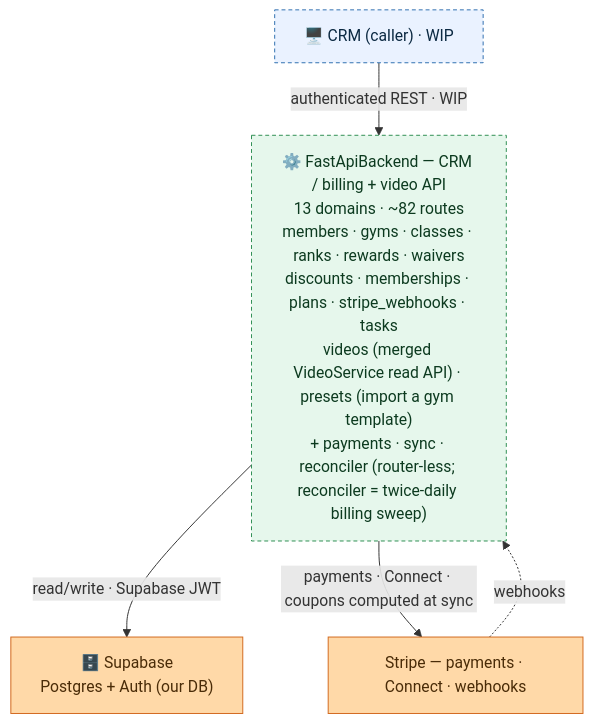
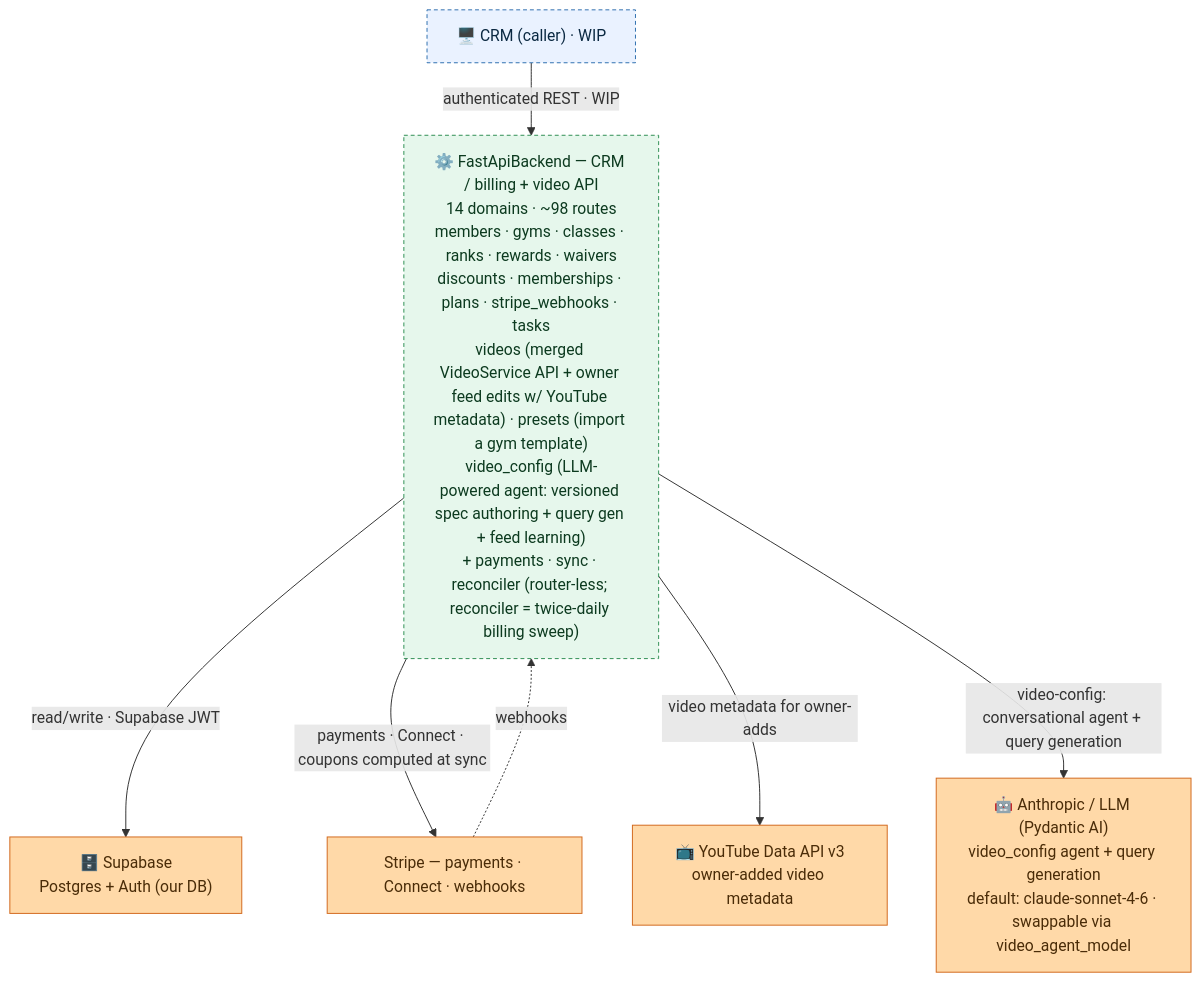
One commit to jesse51002/CombatDen changed the diagram in FastApiBackend/README.md. Above: the diagram before and after it, drawn with Mermaid. The commit also changed other lines of this file and 105 other files, not shown here.

First line of the commit message:
video_config: LLM video-config agent + versioned spec + feed-learning

````diff
--- a/FastApiBackend/README.md
+++ b/FastApiBackend/README.md
@@ -16,19 +16,23 @@
 ```mermaid
 flowchart TB
   CRM["🖥️ CRM (caller) · WIP"]
-  FB["⚙️ FastApiBackend — CRM / billing + video API<br/>13 domains · ~82 routes<br/>members · gyms · classes · ranks · rewards · waivers<br/>discounts · memberships · plans · stripe_webhooks · tasks<br/>videos (merged VideoService read API) · presets (import a gym template)<br/>+ payments · sync · reconciler (router-less; reconciler = twice-daily billing sweep)"]
+  FB["⚙️ FastApiBackend — CRM / billing + video API<br/>14 domains · ~98 routes<br/>members · gyms · classes · ranks · rewards · waivers<br/>discounts · memberships · plans · stripe_webhooks · tasks<br/>videos (merged VideoService API + owner feed edits w/ YouTube metadata) · presets (import a gym template)<br/>video_config (LLM-powered agent: versioned spec authoring + query gen + feed learning)<br/>+ payments · sync · reconciler (router-less; reconciler = twice-daily billing sweep)"]
   Supabase["🗄️ Supabase<br/>Postgres + Auth (our DB)"]
   Stripe["Stripe — payments · Connect · webhooks"]
+  YouTube["📺 YouTube Data API v3<br/>owner-added video metadata"]
+  LLMProvider["🤖 Anthropic / LLM (Pydantic AI)<br/>video_config agent + query generation<br/>default: claude-sonnet-4-6 · swappable via video_agent_model"]
   CRM -->|"authenticated REST · WIP"| FB
   FB -->|"read/write · Supabase JWT"| Supabase
   FB -->|"payments · Connect · coupons computed at sync"| Stripe
   Stripe -.->|"webhooks"| FB
+  FB -->|"video metadata for owner-adds"| YouTube
+  FB -->|"video-config: conversational agent + query generation"| LLMProvider
   classDef client fill:#eaf2ff,stroke:#2f6fb0,color:#0b2942;
   classDef svc fill:#e6f7ec,stroke:#2f8f53,color:#0c3a1f;
   classDef ext fill:#ffd9a8,stroke:#d2691e,color:#4a2c08;
   class CRM client;
   class FB svc;
-  class Supabase,Stripe ext;
+  class Supabase,Stripe,YouTube,LLMProvider ext;
   style CRM stroke-dasharray:4 3;
   style FB stroke-dasharray:4 3;
 ```
````
